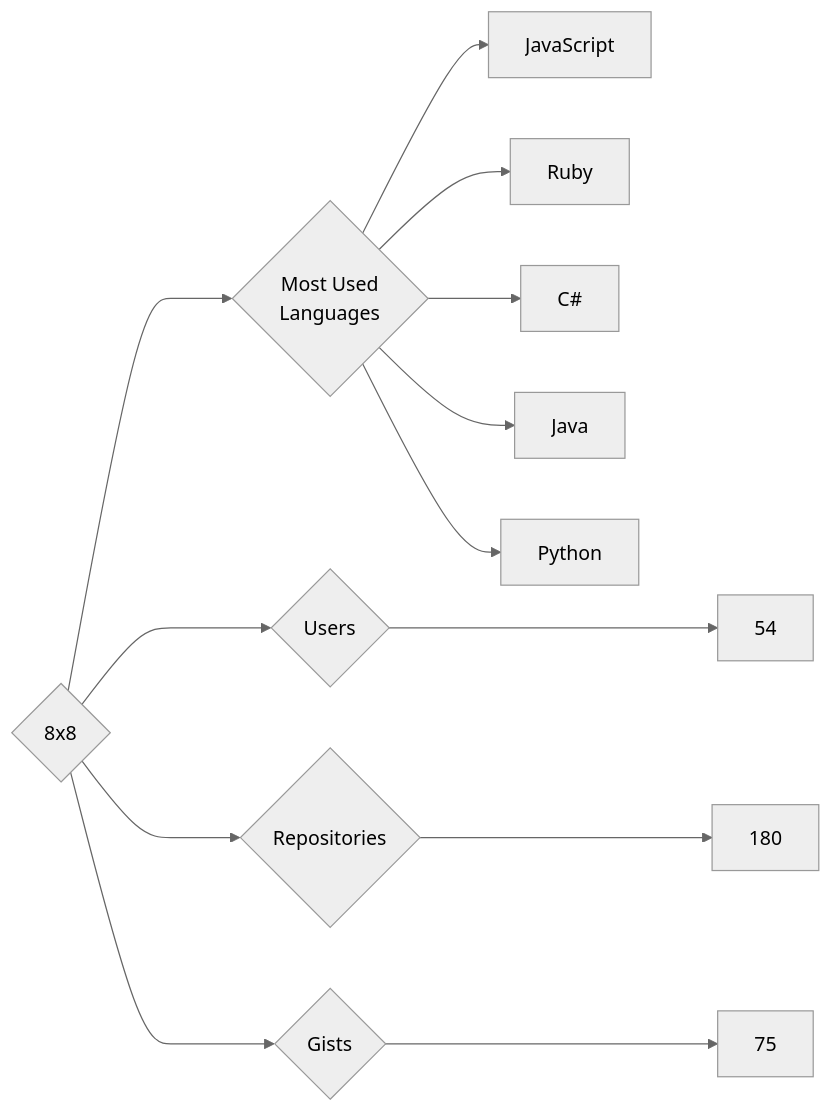
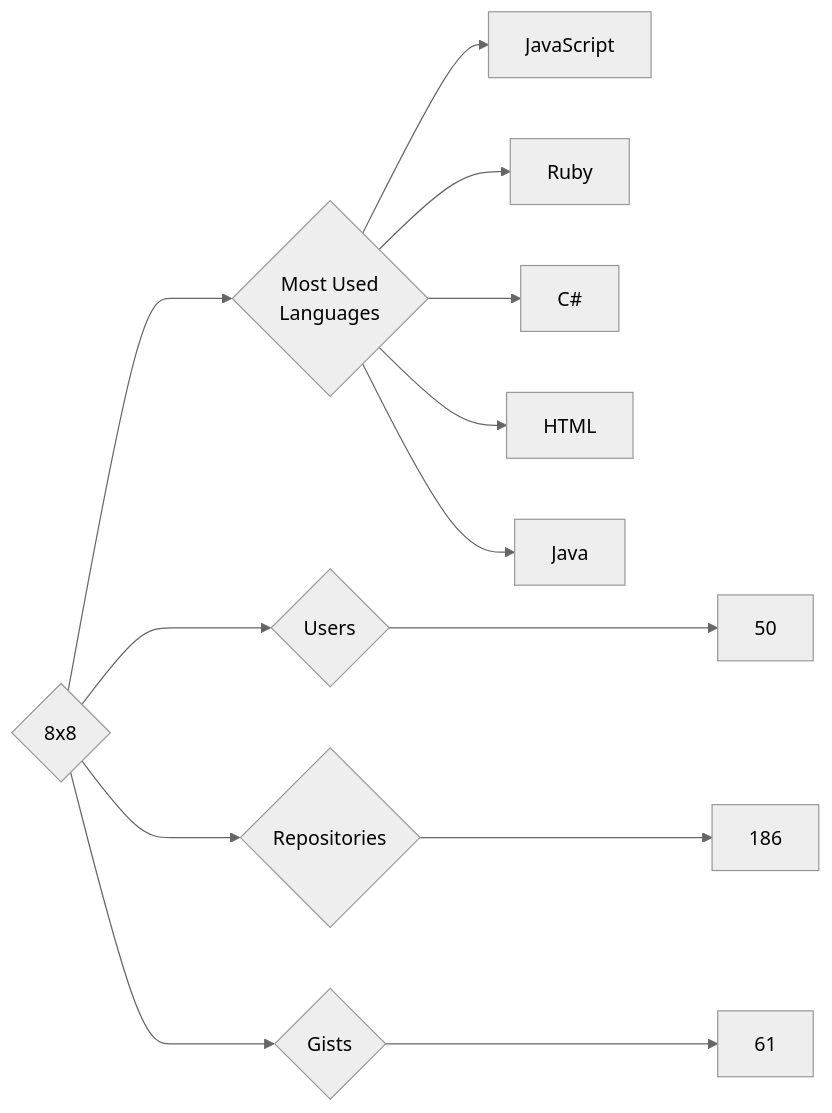
The diagram in targets/8x8/README.md (trickest/insiders), drawn with Mermaid (neutral theme) before and after one commit. The commit also changed 688 other files, not shown here.

````diff
--- a/targets/8x8/README.md
+++ b/targets/8x8/README.md
@@ -3,13 +3,13 @@
 ```mermaid
 graph LR
 COMPANY_NAME{8x8}
-COMPANY_NAME ---> U{Users} ---> UN[54]
-COMPANY_NAME ---> R{Repositories} ---> RN[180]
-COMPANY_NAME ---> G{Gists} ---> GN[75]
+COMPANY_NAME ---> U{Users} ---> UN[50]
+COMPANY_NAME ---> R{Repositories} ---> RN[186]
+COMPANY_NAME ---> G{Gists} ---> GN[61]
 COMPANY_NAME ---> ML{Most Used<br>Languages}
 ML --> JavaScript[JavaScript]
 ML --> Ruby[Ruby]
 ML --> C#[C#]
+ML --> HTML[HTML]
 ML --> Java[Java]
-ML --> Python[Python]
 ```
````
